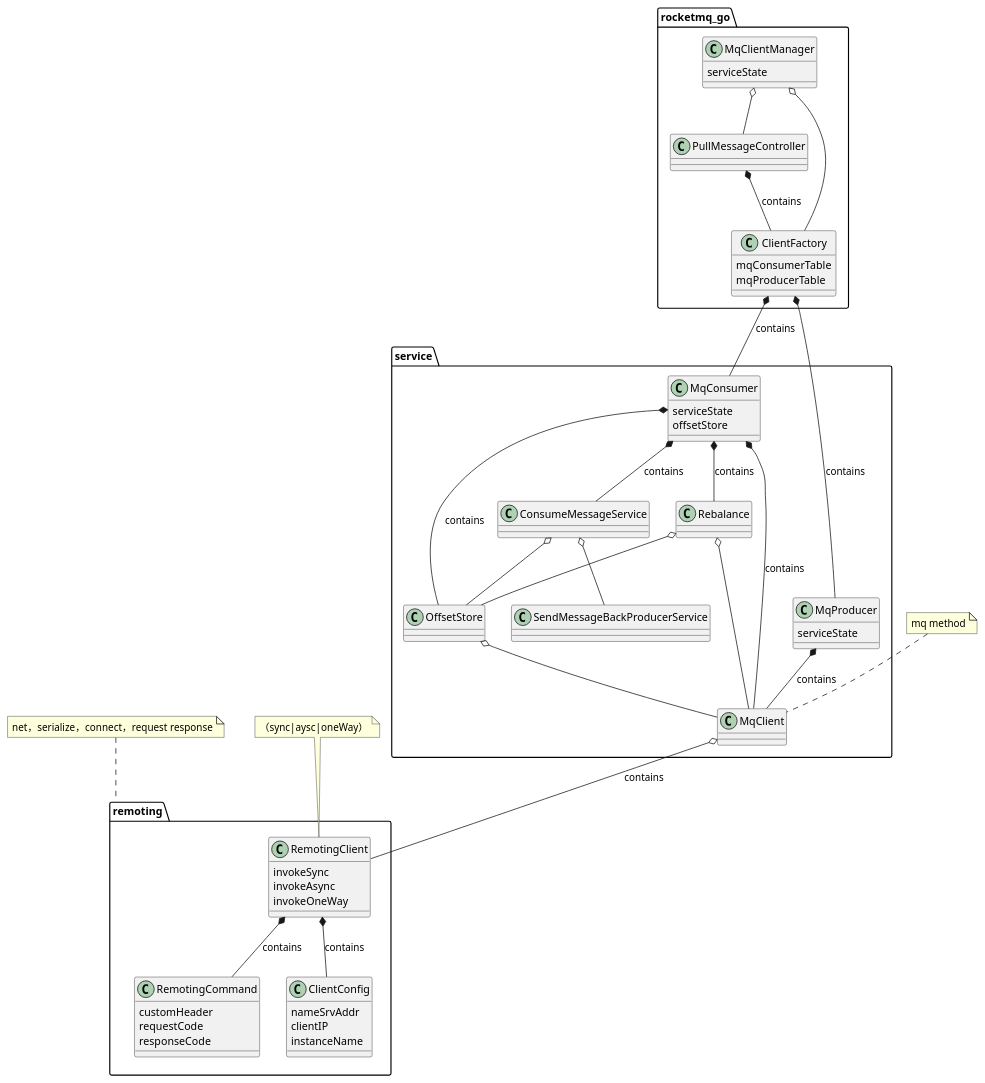
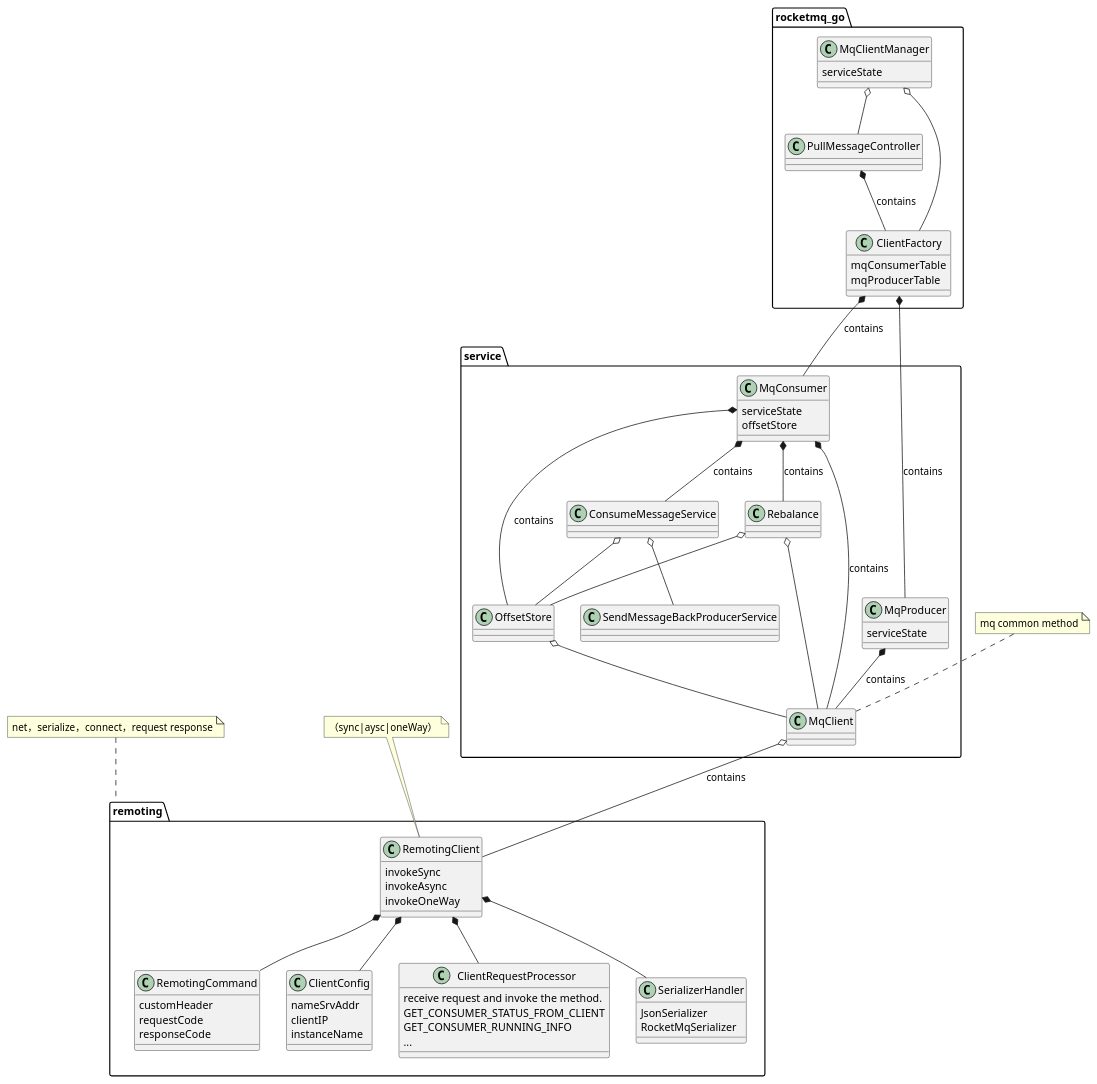
The diagram in rocketmq-go/docs/package.puml (apache/rocketmq-externals), drawn with PlantUML before and after one commit. The commit also changed 2 other files, not shown here.

Commit message:
update remoting package

```diff
--- a/rocketmq-go/docs/package.puml
+++ b/rocketmq-go/docs/package.puml
@@ -1,79 +1,93 @@
 @startuml
 
 
 class rocketmq_go.MqClientManager{
 serviceState
 }
 class rocketmq_go.PullMessageController{
 
 }
 class rocketmq_go.ClientFactory{
 mqConsumerTable
 mqProducerTable
 }
 class service.MqConsumer{
 serviceState
 offsetStore
 }
 class service.MqProducer{
 serviceState
  }
  class service.MqClient{
 
 
  }
   class remoting.RemotingClient{
    invokeSync
    invokeAsync
    invokeOneWay
   }
  class remoting.RemotingCommand{
   customHeader
   requestCode
   responseCode
  }
   class remoting.ClientConfig{
    nameSrvAddr
    clientIP
    instanceName
   }
+  class remoting.ClientRequestProcessor{
+     receive request and invoke the method.
+     GET_CONSUMER_STATUS_FROM_CLIENT
+     GET_CONSUMER_RUNNING_INFO
+     ...
+    }
+    class remoting.SerializerHandler{
+       JsonSerializer
+       RocketMqSerializer
+    }
+
+
 namespace service{
 
 
 rocketmq_go.PullMessageController *-- rocketmq_go.ClientFactory:contains
 rocketmq_go.ClientFactory *-- MqProducer:contains
 rocketmq_go.ClientFactory *-- MqConsumer:contains
 MqProducer *-- service.MqClient :contains
 MqConsumer *-- service.MqClient : contains
 MqConsumer *-- service.OffsetStore : contains
 MqConsumer *-- service.Rebalance : contains
 MqConsumer *-- service.ConsumeMessageService : contains
 
 }
 
 namespace service{
     MqClient o-- remoting.RemotingClient:contains
     OffsetStore o-- MqClient
     Rebalance o-- MqClient
     Rebalance o-- OffsetStore
     ConsumeMessageService o-- SendMessageBackProducerService
     ConsumeMessageService o-- OffsetStore
 }
 
 namespace remoting {
-  RemotingClient  *-- RemotingCommand:contains
-  RemotingClient *-- ClientConfig:contains
+  RemotingClient  *-- RemotingCommand
+  RemotingClient *-- ClientConfig
+    RemotingClient  *-- ClientRequestProcessor
+    RemotingClient *-- SerializerHandler
 
 
 }
 
 namespace rocketmq_go{
     MqClientManager o-- PullMessageController
     MqClientManager o-- ClientFactory
 }
 
 
 note top of remoting.RemotingClient :（sync|aysc|oneWay）
 note top of remoting :net，serialize，connect，request response
-note top of service.MqClient :mq method
+note top of service.MqClient :mq common method
 @enduml
```
